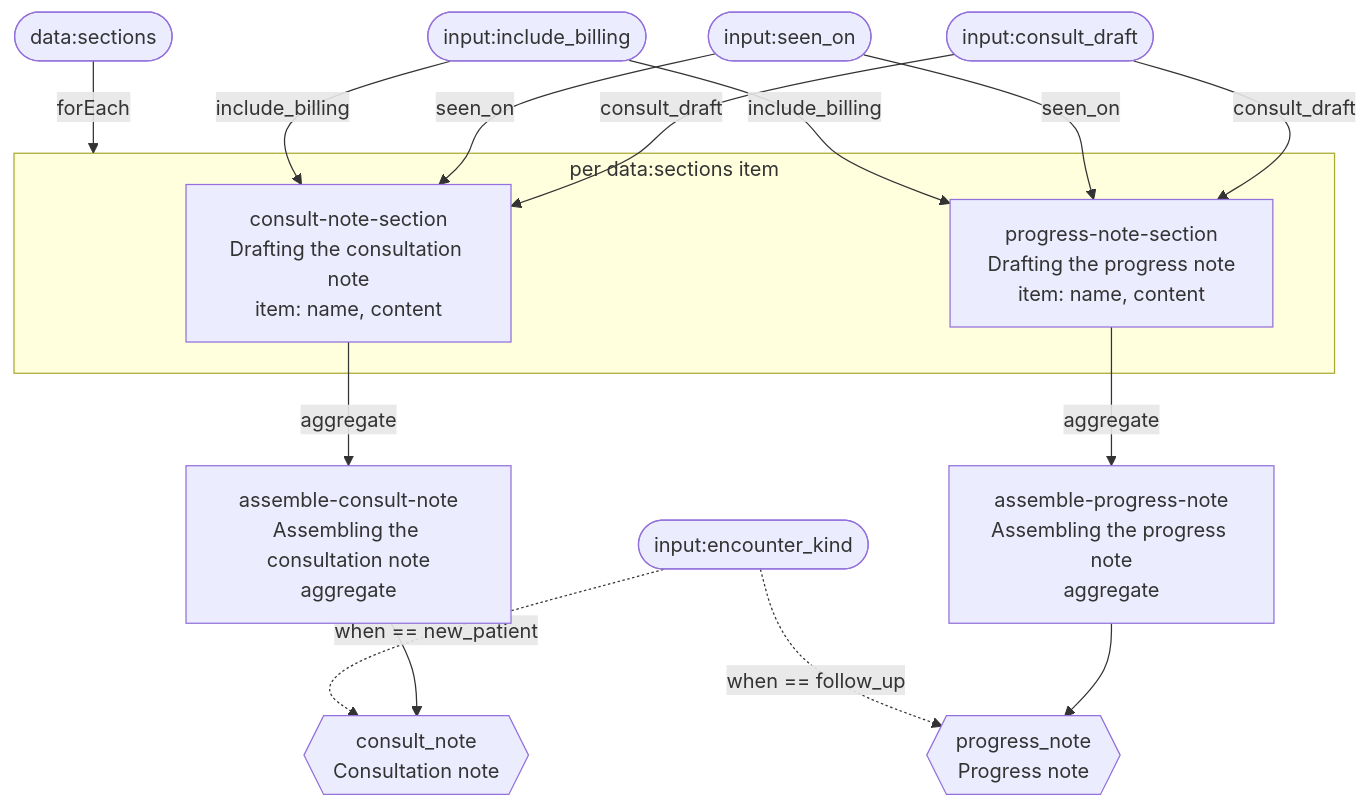
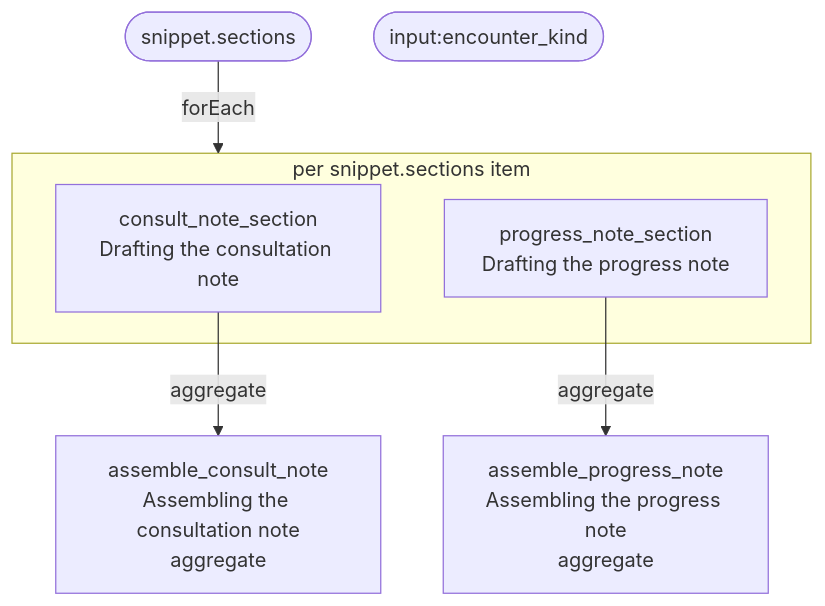
One commit to Consultologist/consultologist-workflows changed the diagram in packages/example-conditional-documents/dag.mmd. Above: the diagram before and after it, drawn with Mermaid. The commit also changed 6 other files, not shown here.

```diff
--- a/packages/example-conditional-documents/dag.mmd
+++ b/packages/example-conditional-documents/dag.mmd
@@ -1,30 +1,14 @@
 flowchart TD
-    input_consult_draft(["input:consult_draft"])
-    input_seen_on(["input:seen_on"])
-    input_include_billing(["input:include_billing"])
-    data_sections(["data:sections"])
+    snippet_sections(["snippet.sections"])
     input_encounter_kind(["input:encounter_kind"])
 
-    assemble_consult_note["assemble-consult-note<br/>Assembling the consultation note<br/>aggregate"]
+    assemble_consult_note["assemble_consult_note<br/>Assembling the consultation note<br/>aggregate"]
     consult_note_section -->|"aggregate"| assemble_consult_note
-    assemble_progress_note["assemble-progress-note<br/>Assembling the progress note<br/>aggregate"]
+    assemble_progress_note["assemble_progress_note<br/>Assembling the progress note<br/>aggregate"]
     progress_note_section -->|"aggregate"| assemble_progress_note
 
-    data_sections -->|"forEach"| foreach_data_sections
-    subgraph foreach_data_sections["per data:sections item"]
-        consult_note_section["consult-note-section<br/>Drafting the consultation note<br/>item: name, content"]
-        progress_note_section["progress-note-section<br/>Drafting the progress note<br/>item: name, content"]
+    snippet_sections -->|"forEach"| foreach_snippet_sections
+    subgraph foreach_snippet_sections["per snippet.sections item"]
+        consult_note_section["consult_note_section<br/>Drafting the consultation note"]
+        progress_note_section["progress_note_section<br/>Drafting the progress note"]
     end
-    input_consult_draft -->|"consult_draft"| consult_note_section
-    input_seen_on -->|"seen_on"| consult_note_section
-    input_include_billing -->|"include_billing"| consult_note_section
-    input_consult_draft -->|"consult_draft"| progress_note_section
-    input_seen_on -->|"seen_on"| progress_note_section
-    input_include_billing -->|"include_billing"| progress_note_section
-
-    result_consult_note{{"consult_note<br/>Consultation note"}}
-    assemble_consult_note --> result_consult_note
-    input_encounter_kind -.->|"when == new_patient"| result_consult_note
-    result_progress_note{{"progress_note<br/>Progress note"}}
-    assemble_progress_note --> result_progress_note
-    input_encounter_kind -.->|"when == follow_up"| result_progress_note
```
